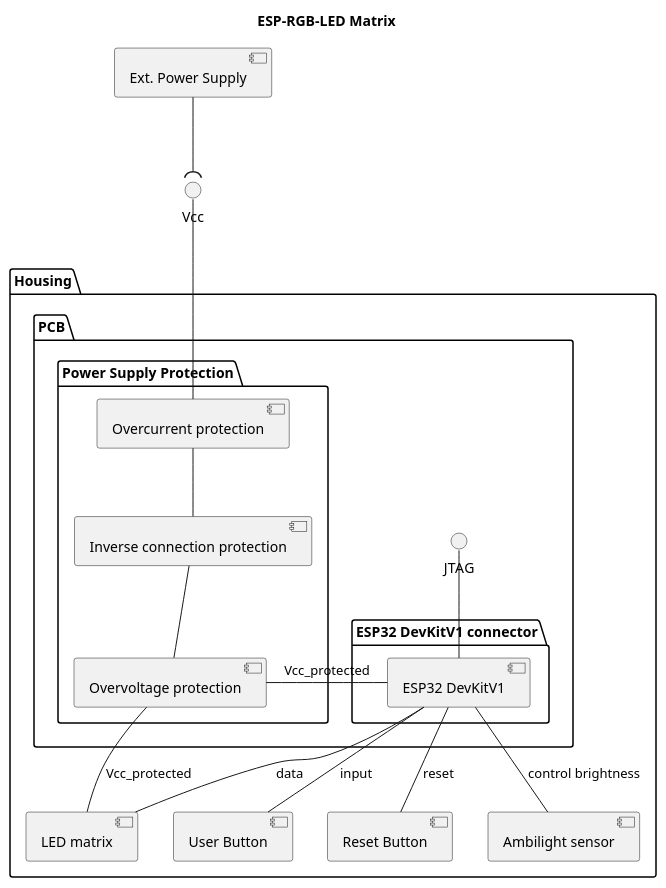
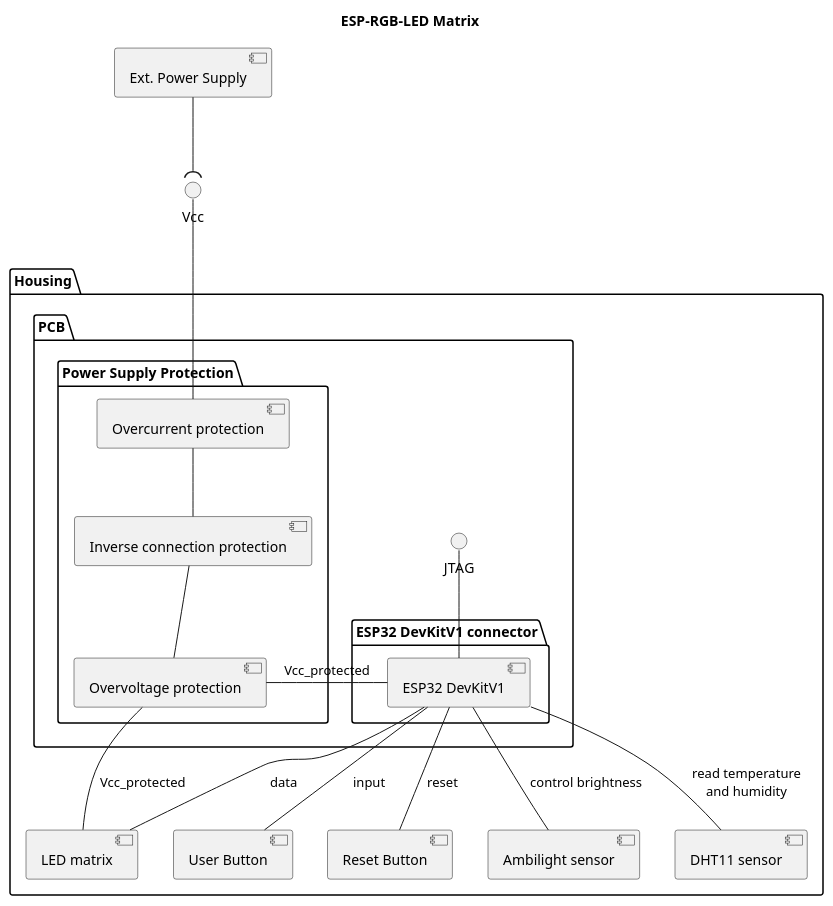
Before and after one commit to BlueAndi/Pixelix: the diagram in doc/design/system.plantuml, drawn with PlantUML.

Commit message:
updated system design diagramm with dht11 sensor

```diff
--- a/doc/design/system.plantuml
+++ b/doc/design/system.plantuml
@@ -1,49 +1,50 @@
 @startuml
 
 title ESP-RGB-LED Matrix
 
 component "Ext. Power Supply" as extPowerSupply
 
 interface "Vcc" as iVcc
 
 package "Housing" {
 
     package "PCB" as pcb {
 
         package "Power Supply Protection" {
 
             component "Overcurrent protection" as ocp
             component "Inverse connection protection" as icp
             component "Overvoltage protection" as ovp
         }
         
         package "ESP32 DevKitV1 connector" {
         
             component "ESP32 DevKitV1" as esp32
         }
 
         interface "JTAG" as iJtag
 
         esp32 -u- iJtag
     }
     
     component "LED matrix" as ledMatrix
     component "User Button" as userButton
     component "Reset Button" as resetButton
     component "Ambilight sensor" as ambilightSensor
-    
+    component "DHT11 sensor" as dht11Sensor
 }
 
 extPowerSupply --( iVcc
 iVcc -- ocp
 ocp -- icp
 icp -- ovp
 ovp -r- esp32: Vcc_protected
 ovp -- ledMatrix: Vcc_protected
 
 esp32 -- ledMatrix: data
 esp32 -- userButton: input
 esp32 -- resetButton: reset
 esp32 -- ambilightSensor: control brightness
+esp32 -- dht11Sensor: read temperature\nand humidity
 
 @enduml
```
